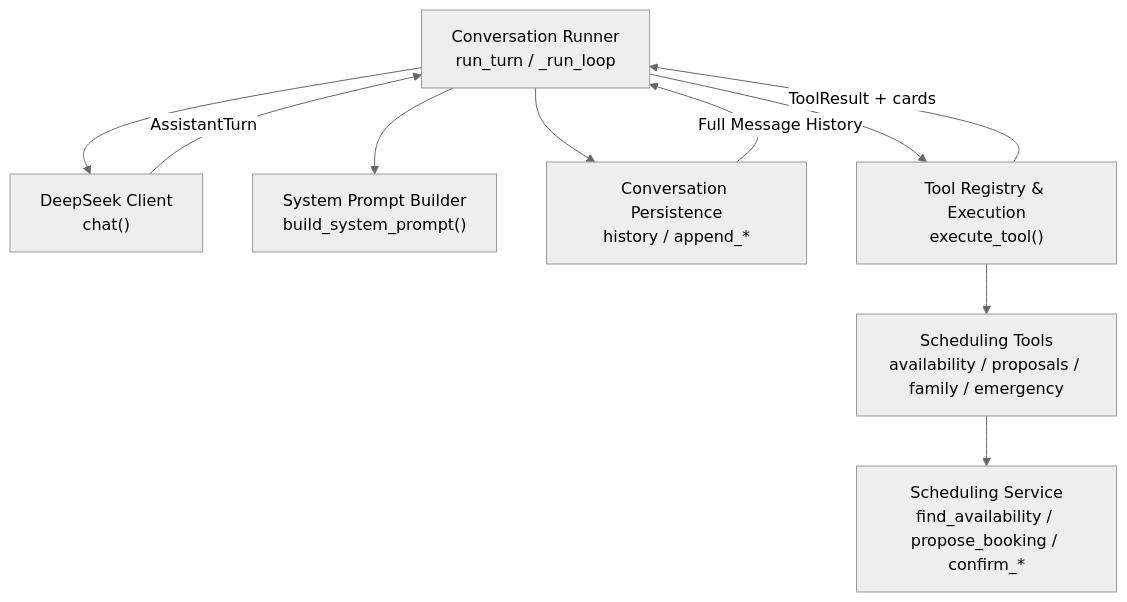
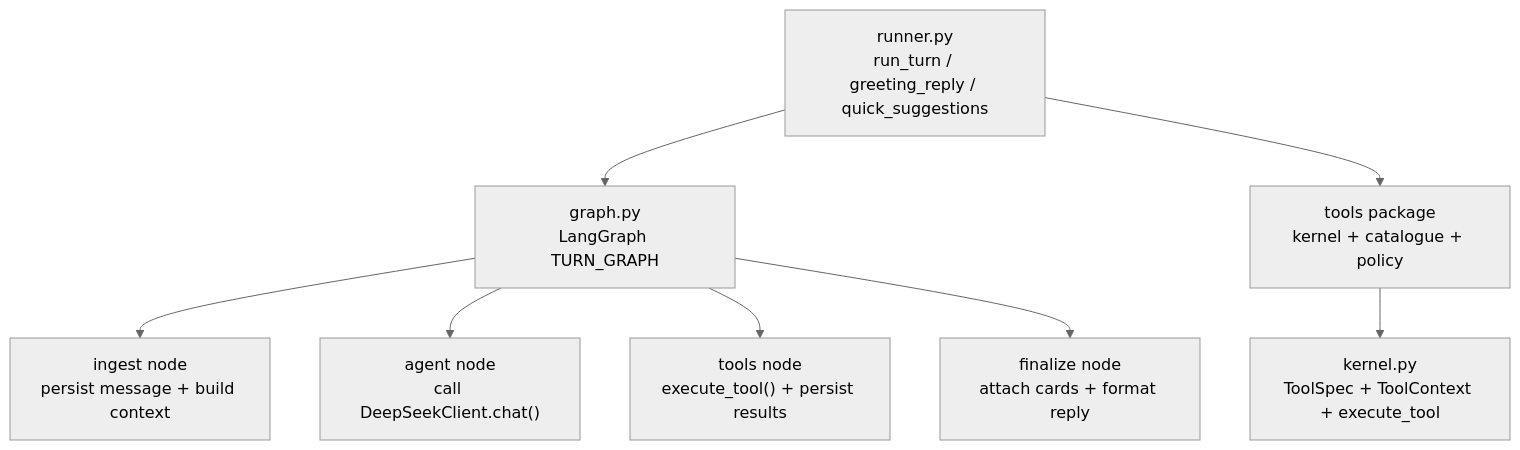
One commit to gokulkaarthicks/dental-chatbot changed the first of 5 diagrams in .qoder/repowiki/en/content/AI Agent System/Conversation Runner/Conversation Runner.md. Above: the diagram before and after it, drawn with Mermaid (neutral theme). The commit also changed other lines of this file and 280 other files, not shown here.

````diff
--- a/.qoder/repowiki/en/content/AI Agent System/Conversation Runner/Conversation Runner.md
+++ b/.qoder/repowiki/en/content/AI Agent System/Conversation Runner/Conversation Runner.md
@@ -48,12 +54,10 @@
 ```mermaid
 graph TB
-Runner["Conversation Runner<br/>run_turn / _run_loop"] --> DeepSeek["DeepSeek Client<br/>chat()"]
-Runner --> Prompts["System Prompt Builder<br/>build_system_prompt()"]
-Runner --> Conversations["Conversation Persistence<br/>history / append_*"]
-Runner --> Tools["Tool Registry & Execution<br/>execute_tool()"]
-Tools --> SchedulingTools["Scheduling Tools<br/>availability / proposals / family / emergency"]
-SchedulingTools --> SchedulingService["Scheduling Service<br/>find_availability / propose_booking / confirm_*"]
-DeepSeek --> |AssistantTurn| Runner
-Tools --> |ToolResult + cards| Runner
-Conversations --> |Full Message History| Runner
+Runner["runner.py<br/>run_turn / greeting_reply / quick_suggestions"] --> Graph["graph.py<br/>LangGraph TURN_GRAPH"]
+Graph --> Ingest["ingest node<br/>persist message + build context"]
+Graph --> Agent["agent node<br/>call DeepSeekClient.chat()"]
+Graph --> ToolsNode["tools node<br/>execute_tool() + persist results"]
+Graph --> Finalize["finalize node<br/>attach cards + format reply"]
+Runner --> ToolsPackage["tools package<br/>kernel + catalogue + policy"]
+ToolsPackage --> Kernel["kernel.py<br/>ToolSpec + ToolContext + execute_tool"]
 ```
````
